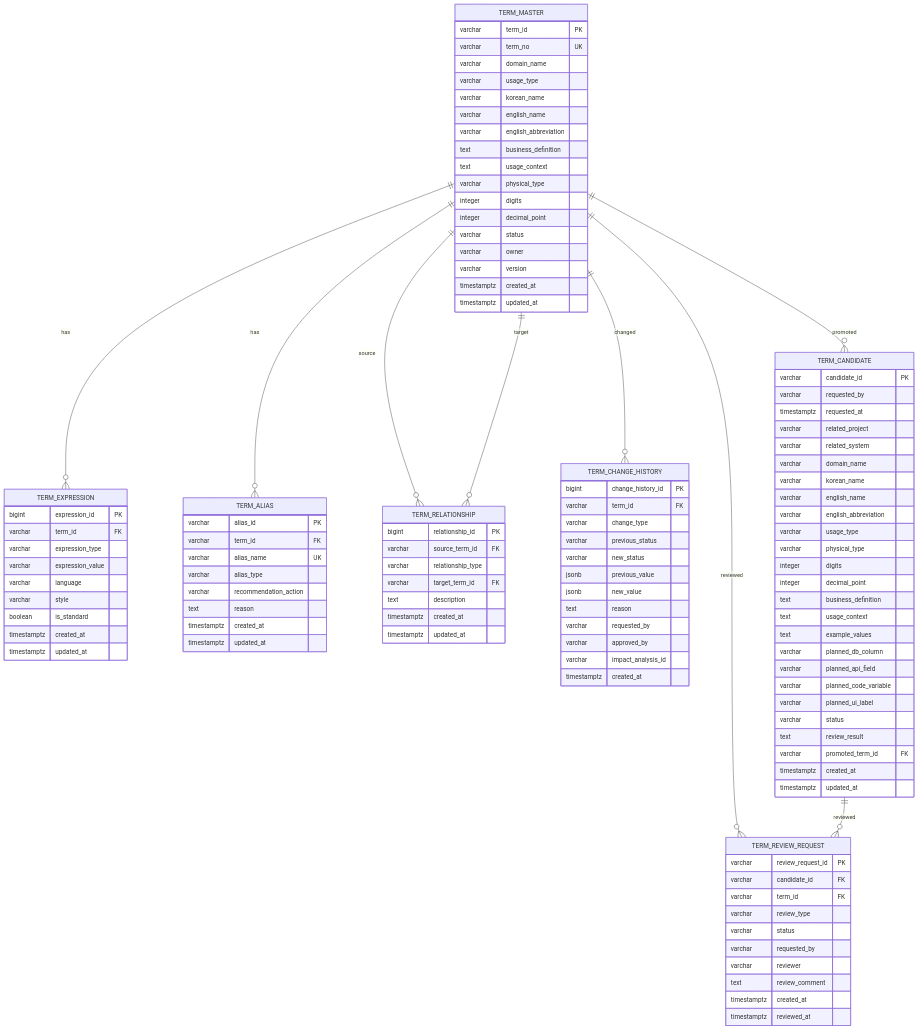
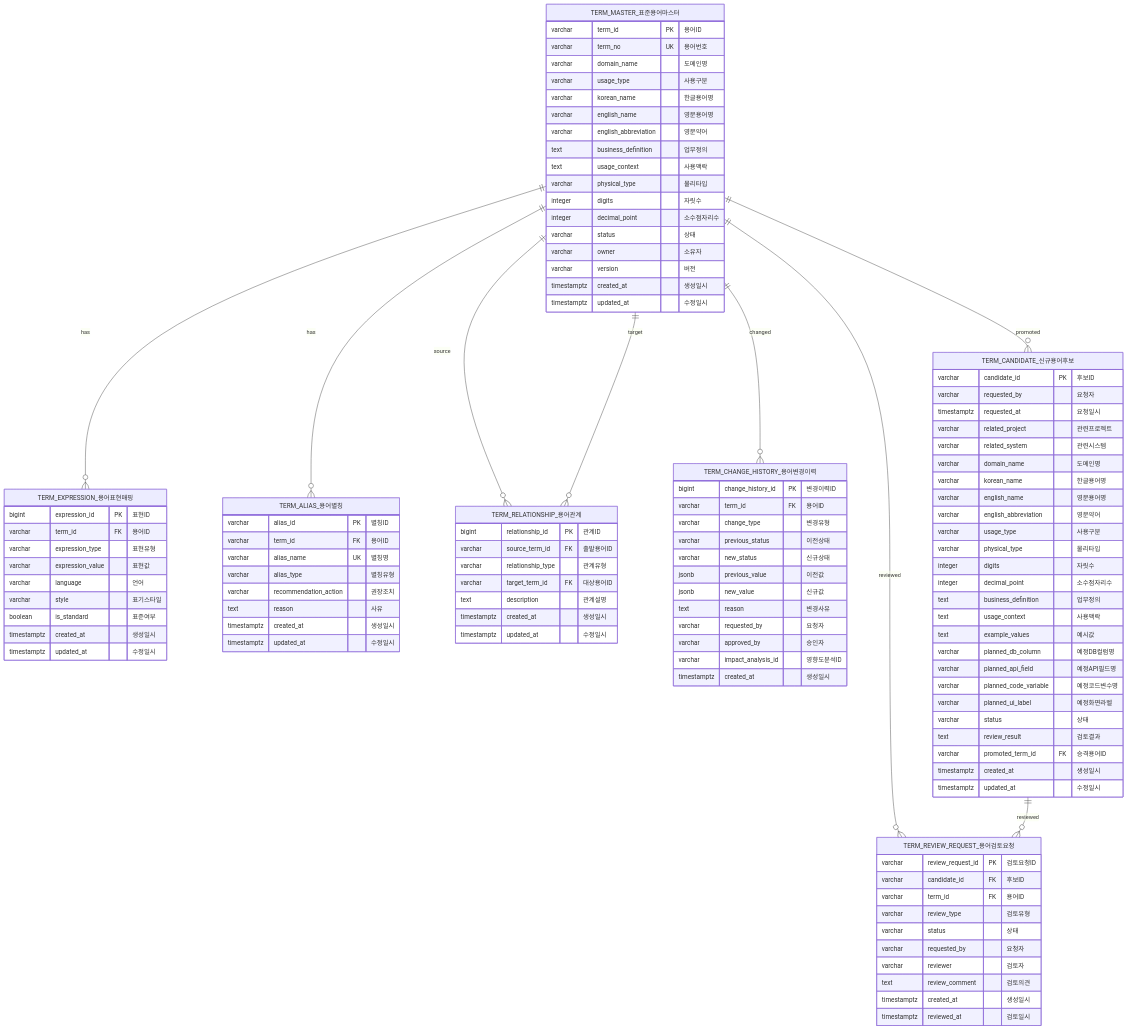
One commit to schooldevops/ubiquitous-language-manager changed the first of 8 diagrams in erd.md. Above: the diagram before and after it, drawn with Mermaid. The commit also changed other lines of this file and 416 other files, not shown here.

````diff
--- a/erd.md
+++ b/erd.md
@@ -30,120 +30,120 @@
 ```mermaid
 erDiagram
-    TERM_MASTER {
-        varchar term_id PK
-        varchar term_no UK
-        varchar domain_name
-        varchar usage_type
-        varchar korean_name
-        varchar english_name
-        varchar english_abbreviation
-        text business_definition
-        text usage_context
-        varchar physical_type
-        integer digits
-        integer decimal_point
-        varchar status
-        varchar owner
-        varchar version
-        timestamptz created_at
-        timestamptz updated_at
+    TERM_MASTER_표준용어마스터 {
+        varchar term_id PK "용어ID"
+        varchar term_no UK "용어번호"
+        varchar domain_name "도메인명"
+        varchar usage_type "사용구분"
+        varchar korean_name "한글용어명"
+        varchar english_name "영문용어명"
+        varchar english_abbreviation "영문약어"
+        text business_definition "업무정의"
+        text usage_context "사용맥락"
+        varchar physical_type "물리타입"
+        integer digits "자릿수"
+        integer decimal_point "소수점자리수"
+        varchar status "상태"
+        varchar owner "소유자"
+        varchar version "버전"
+        timestamptz created_at "생성일시"
+        timestamptz updated_at "수정일시"
     }
 
-    TERM_EXPRESSION {
-        bigint expression_id PK
-        varchar term_id FK
-        varchar expression_type
-        varchar expression_value
-        varchar language
-        varchar style
-        boolean is_standard
-        timestamptz created_at
-        timestamptz updated_at
+    TERM_EXPRESSION_용어표현매핑 {
+        bigint expression_id PK "표현ID"
+        varchar term_id FK "용어ID"
+        varchar expression_type "표현유형"
+        varchar expression_value "표현값"
+        varchar language "언어"
+        varchar style "표기스타일"
+        boolean is_standard "표준여부"
+        timestamptz created_at "생성일시"
+        timestamptz updated_at "수정일시"
     }
 
-    TERM_ALIAS {
-        varchar alias_id PK
-        varchar term_id FK
-        varchar alias_name UK
-        varchar alias_type
-        varchar recommendation_action
-        text reason
-        timestamptz created_at
-        timestamptz updated_at
+    TERM_ALIAS_용어별칭 {
+        varchar alias_id PK "별칭ID"
+        varchar term_id FK "용어ID"
+        varchar alias_name UK "별칭명"
+        varchar alias_type "별칭유형"
+        varchar recommendation_action "권장조치"
+        text reason "사유"
+        timestamptz created_at "생성일시"
+        timestamptz updated_at "수정일시"
     }
 
-    TERM_RELATIONSHIP {
-        bigint relationship_id PK
-        varchar source_term_id FK
-        varchar relationship_type
-        varchar target_term_id FK
-        text description
-        timestamptz created_at
-        timestamptz updated_at
+    TERM_RELATIONSHIP_용어관계 {
+        bigint relationship_id PK "관계ID"
+        varchar source_term_id FK "출발용어ID"
+        varchar relationship_type "관계유형"
+        varchar target_term_id FK "대상용어ID"
+        text description "관계설명"
+        timestamptz created_at "생성일시"
+        timestamptz updated_at "수정일시"
     }
 
-    TERM_CHANGE_HISTORY {
-        bigint change_history_id PK
-        varchar term_id FK
-        varchar change_type
-        varchar previous_status
-        varchar new_status
-        jsonb previous_value
-        jsonb new_value
-        text reason
-        varchar requested_by
-        varchar approved_by
-        varchar impact_analysis_id
-        timestamptz created_at
+    TERM_CHANGE_HISTORY_용어변경이력 {
+        bigint change_history_id PK "변경이력ID"
+        varchar term_id FK "용어ID"
+        varchar change_type "변경유형"
+        varchar previous_status "이전상태"
+        varchar new_status "신규상태"
+        jsonb previous_value "이전값"
+        jsonb new_value "신규값"
+        text reason "변경사유"
+        varchar requested_by "요청자"
+        varchar approved_by "승인자"
+        varchar impact_analysis_id "영향도분석ID"
+        timestamptz created_at "생성일시"
     }
 
-    TERM_CANDIDATE {
-        varchar candidate_id PK
-        varchar requested_by
-        timestamptz requested_at
-        varchar related_project
-        varchar related_system
-        varchar domain_name
-        varchar korean_name
-        varchar english_name
-        varchar english_abbreviation
-        varchar usage_type
-        varchar physical_type
-        integer digits
-        integer decimal_point
-        text business_definition
-        text usage_context
-        text example_values
-        varchar planned_db_column
-        varchar planned_api_field
-        varchar planned_code_variable
-        varchar planned_ui_label
-        varchar status
-        text review_result
-        varchar promoted_term_id FK
-        timestamptz created_at
-        timestamptz updated_at
+    TERM_CANDIDATE_신규용어후보 {
+        varchar candidate_id PK "후보ID"
+        varchar requested_by "요청자"
+        timestamptz requested_at "요청일시"
+        varchar related_project "관련프로젝트"
+        varchar related_system "관련시스템"
+        varchar domain_name "도메인명"
+        varchar korean_name "한글용어명"
+        varchar english_name "영문용어명"
+        varchar english_abbreviation "영문약어"
+        varchar usage_type "사용구분"
+        varchar physical_type "물리타입"
+        integer digits "자릿수"
+        integer decimal_point "소수점자리수"
+        text business_definition "업무정의"
+        text usage_context "사용맥락"
+        text example_values "예시값"
+        varchar planned_db_column "예정DB컬럼명"
+        varchar planned_api_field "예정API필드명"
+        varchar planned_code_variable "예정코드변수명"
+        varchar planned_ui_label "예정화면라벨"
+        varchar status "상태"
+        text review_result "검토결과"
+        varchar promoted_term_id FK "승격용어ID"
+        timestamptz created_at "생성일시"
+        timestamptz updated_at "수정일시"
     }
 
-    TERM_REVIEW_REQUEST {
-        varchar review_request_id PK
-        varchar candidate_id FK
-        varchar term_id FK
-        varchar review_type
-        varchar status
-        varchar requested_by
-        varchar reviewer
-        text review_comment
-        timestamptz created_at
-        timestamptz reviewed_at
+    TERM_REVIEW_REQUEST_용어검토요청 {
+        varchar review_request_id PK "검토요청ID"
+        varchar candidate_id FK "후보ID"
+        varchar term_id FK "용어ID"
+        varchar review_type "검토유형"
+        varchar status "상태"
+        varchar requested_by "요청자"
+        varchar reviewer "검토자"
+        text review_comment "검토의견"
+        timestamptz created_at "생성일시"
+        timestamptz reviewed_at "검토일시"
     }
 
-    TERM_MASTER ||--o{ TERM_EXPRESSION : has
-    TERM_MASTER ||--o{ TERM_ALIAS : has
-    TERM_MASTER ||--o{ TERM_RELATIONSHIP : source
-    TERM_MASTER ||--o{ TERM_RELATIONSHIP : target
-    TERM_MASTER ||--o{ TERM_CHANGE_HISTORY : changed
-    TERM_MASTER ||--o{ TERM_CANDIDATE : promoted
-    TERM_MASTER ||--o{ TERM_REVIEW_REQUEST : reviewed
-    TERM_CANDIDATE ||--o{ TERM_REVIEW_REQUEST : reviewed
+    TERM_MASTER_표준용어마스터 ||--o{ TERM_EXPRESSION_용어표현매핑 : has
+    TERM_MASTER_표준용어마스터 ||--o{ TERM_ALIAS_용어별칭 : has
+    TERM_MASTER_표준용어마스터 ||--o{ TERM_RELATIONSHIP_용어관계 : source
+    TERM_MASTER_표준용어마스터 ||--o{ TERM_RELATIONSHIP_용어관계 : target
+    TERM_MASTER_표준용어마스터 ||--o{ TERM_CHANGE_HISTORY_용어변경이력 : changed
+    TERM_MASTER_표준용어마스터 ||--o{ TERM_CANDIDATE_신규용어후보 : promoted
+    TERM_MASTER_표준용어마스터 ||--o{ TERM_REVIEW_REQUEST_용어검토요청 : reviewed
+    TERM_CANDIDATE_신규용어후보 ||--o{ TERM_REVIEW_REQUEST_용어검토요청 : reviewed
 ```
````
